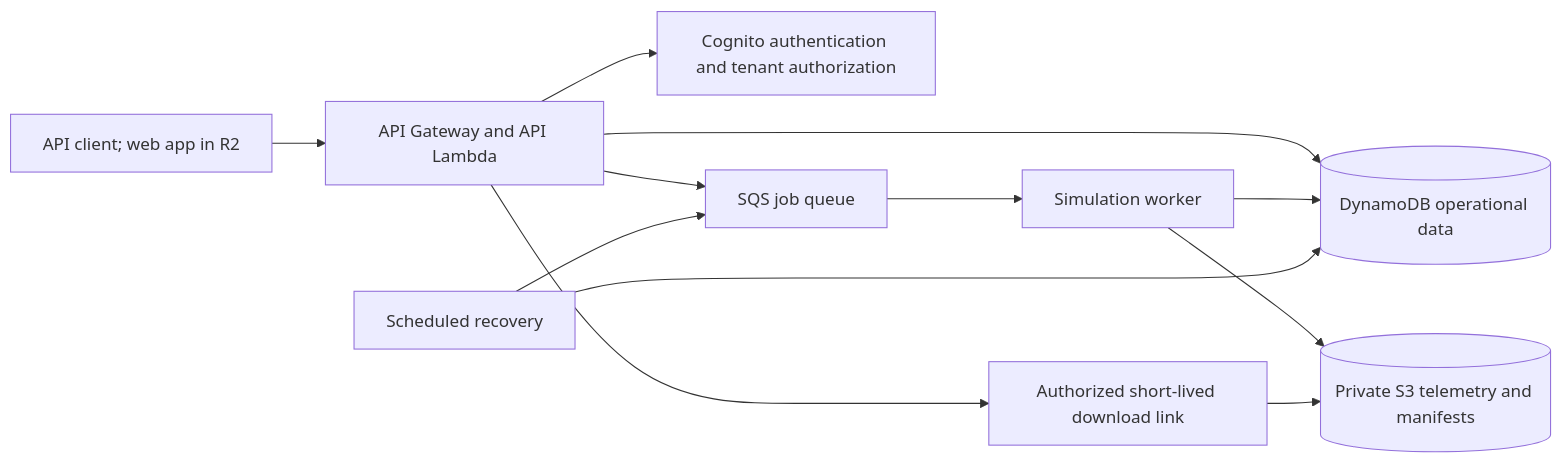
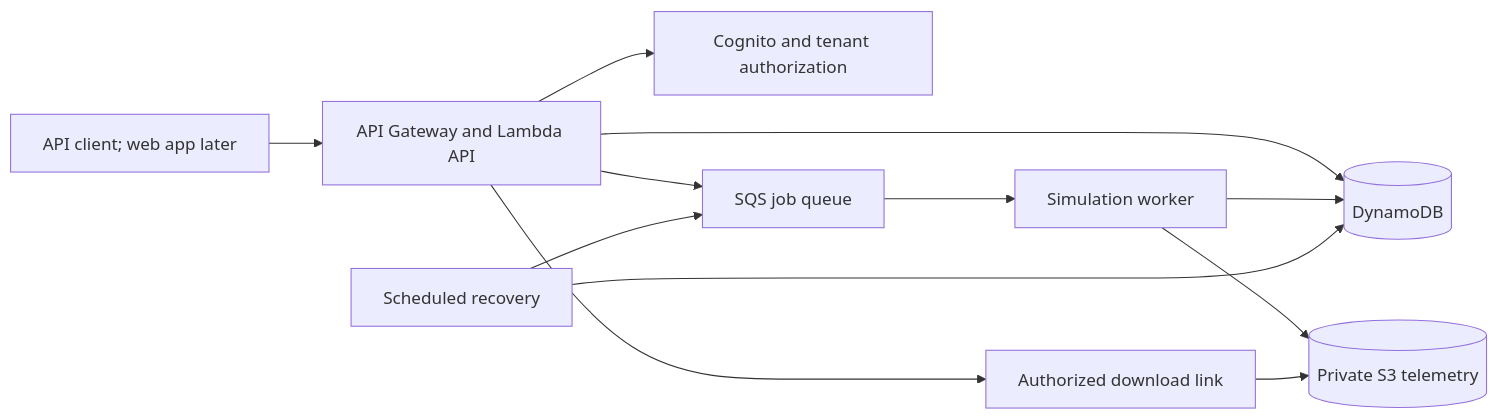
Before and after one commit to gleniosp/robotops: the diagram in README.md, drawn with Mermaid. The commit also changed other lines of this file and 8 other files, not shown here.

````diff
--- a/README.md
+++ b/README.md
@@ -23,14 +33,14 @@
 ```mermaid
 flowchart LR
-    Client[API client; web app in R2] --> API[API Gateway and API Lambda]
-    API --> Identity[Cognito authentication and tenant authorization]
-    API --> DB[(DynamoDB operational data)]
+    Client[API client; web app later] --> API[API Gateway and Lambda API]
+    API --> Identity[Cognito and tenant authorization]
+    API --> DB[(DynamoDB)]
     API --> Queue[SQS job queue]
     Queue --> Worker[Simulation worker]
     Worker --> DB
-    Worker --> S3[(Private S3 telemetry and manifests)]
+    Worker --> S3[(Private S3 telemetry)]
     Recovery[Scheduled recovery] --> DB
     Recovery --> Queue
-    API --> Download[Authorized short-lived download link]
+    API --> Download[Authorized download link]
     Download --> S3
 ```
````
